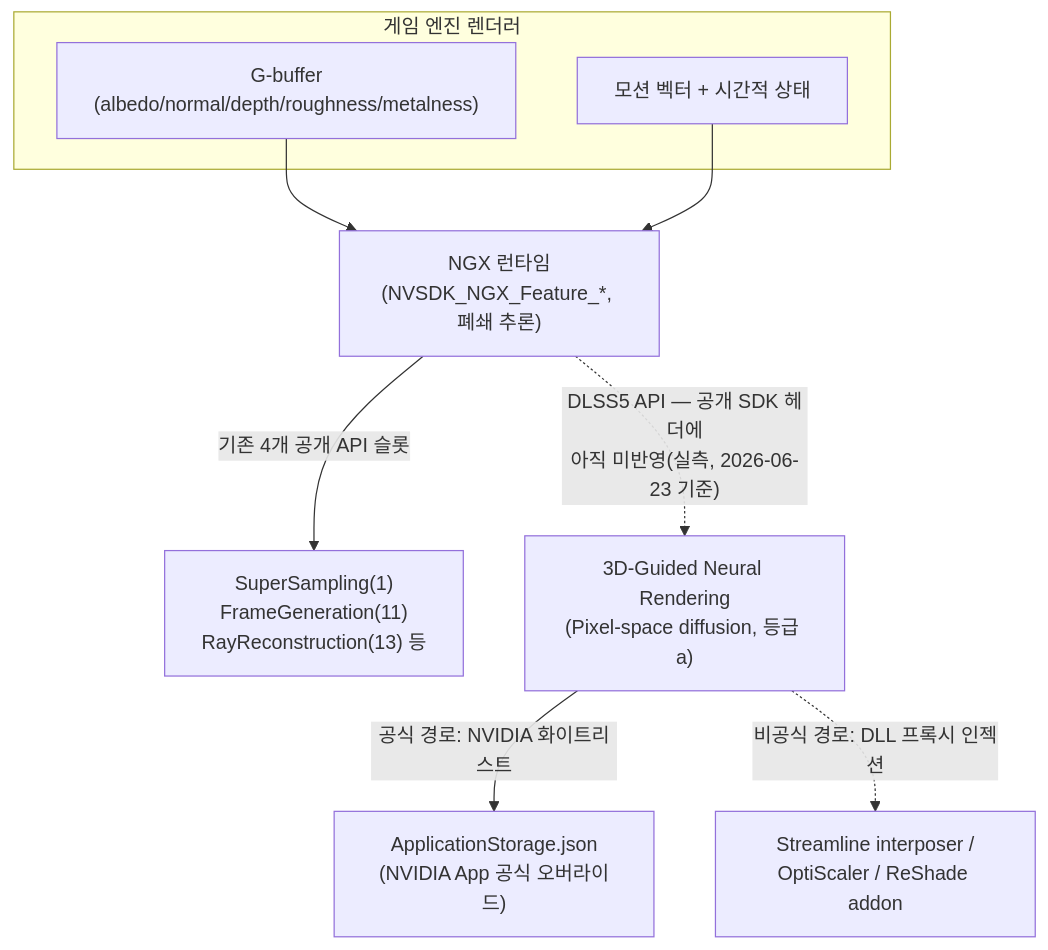
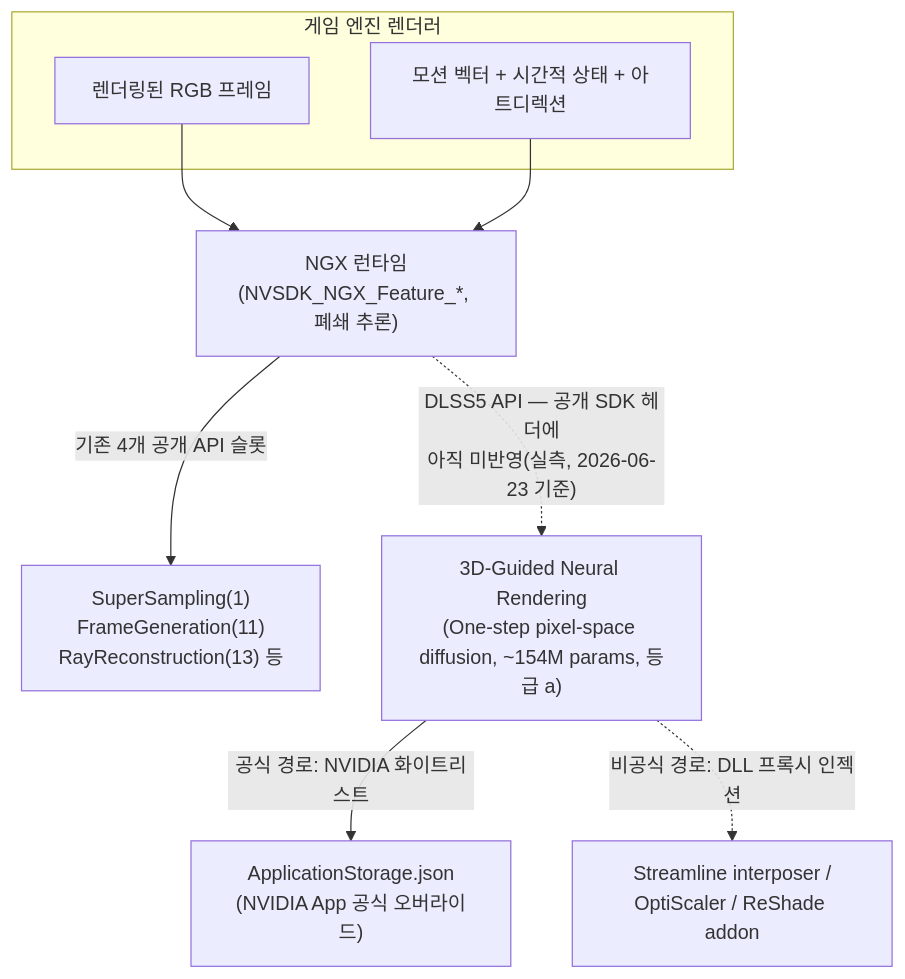
The diagram in README.md (willro4540/dlss-architecture-study), drawn with Mermaid before and after one commit. The commit also changed other lines of this file and 6 other files, not shown here.

````diff
--- a/README.md
+++ b/README.md
@@ -68,16 +68,16 @@
 ```mermaid
 flowchart TB
     subgraph ENGINE["게임 엔진 렌더러"]
-        GBUF["G-buffer\n(albedo/normal/depth/roughness/metalness)"]
-        MV["모션 벡터 + 시간적 상태"]
+        RGB["렌더링된 RGB 프레임"]
+        MV["모션 벡터 + 시간적 상태 + 아트디렉션"]
     end
 
-    GBUF --> NGX["NGX 런타임\n(NVSDK_NGX_Feature_*, 폐쇄 추론)"]
+    RGB --> NGX["NGX 런타임\n(NVSDK_NGX_Feature_*, 폐쇄 추론)"]
     MV --> NGX
 
     NGX -->|"기존 4개 공개 API 슬롯"| SS["SuperSampling(1)\nFrameGeneration(11)\nRayReconstruction(13) 등"]
-    NGX -.->|"DLSS5 API — 공개 SDK 헤더에\n아직 미반영(실측, 2026-06-23 기준)"| NR["3D-Guided Neural Rendering\n(Pixel-space diffusion, 등급 a)"]
+    NGX -.->|"DLSS5 API — 공개 SDK 헤더에\n아직 미반영(실측, 2026-06-23 기준)"| NR["3D-Guided Neural Rendering\n(One-step pixel-space diffusion, ~154M params, 등급 a)"]
 
     NR -->|"공식 경로: NVIDIA 화이트리스트"| APPSTORE["ApplicationStorage.json\n(NVIDIA App 공식 오버라이드)"]
     NR -.->|"비공식 경로: DLL 프록시 인젝션"| INJECT["Streamline interposer /\nOptiScaler / ReShade addon"]
 ```
````
